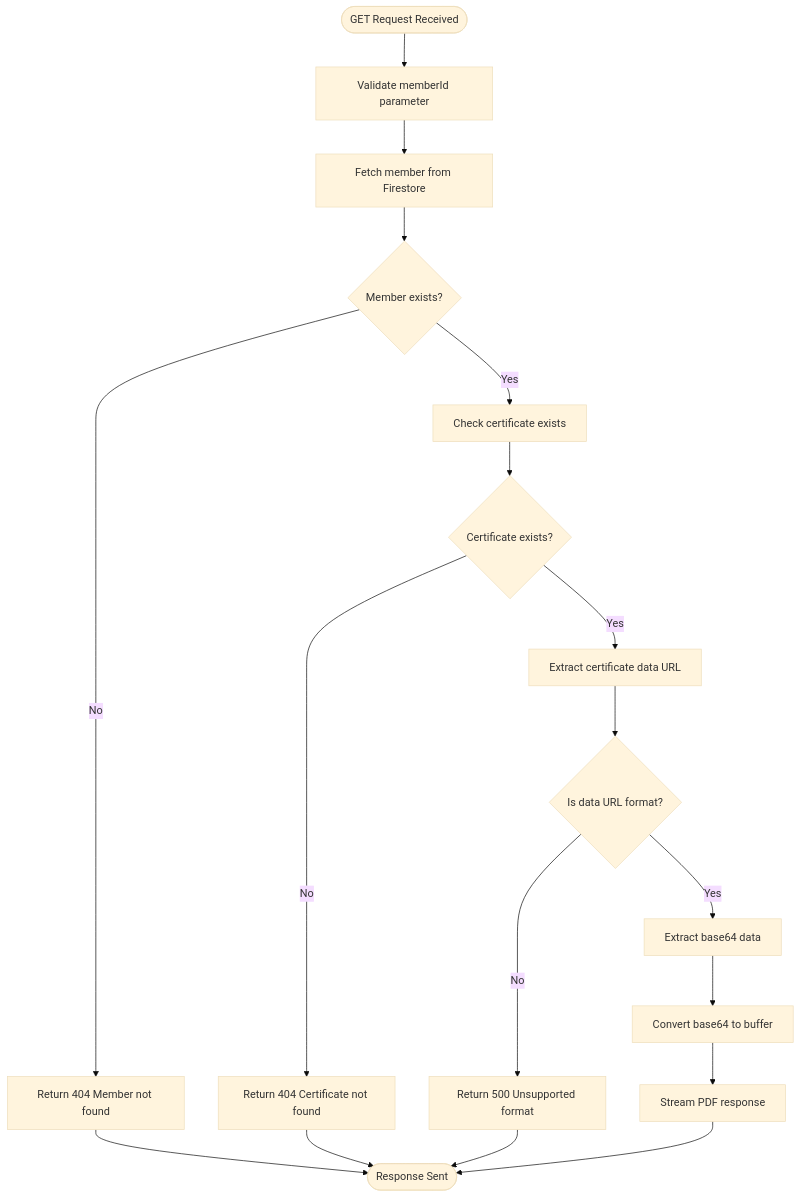
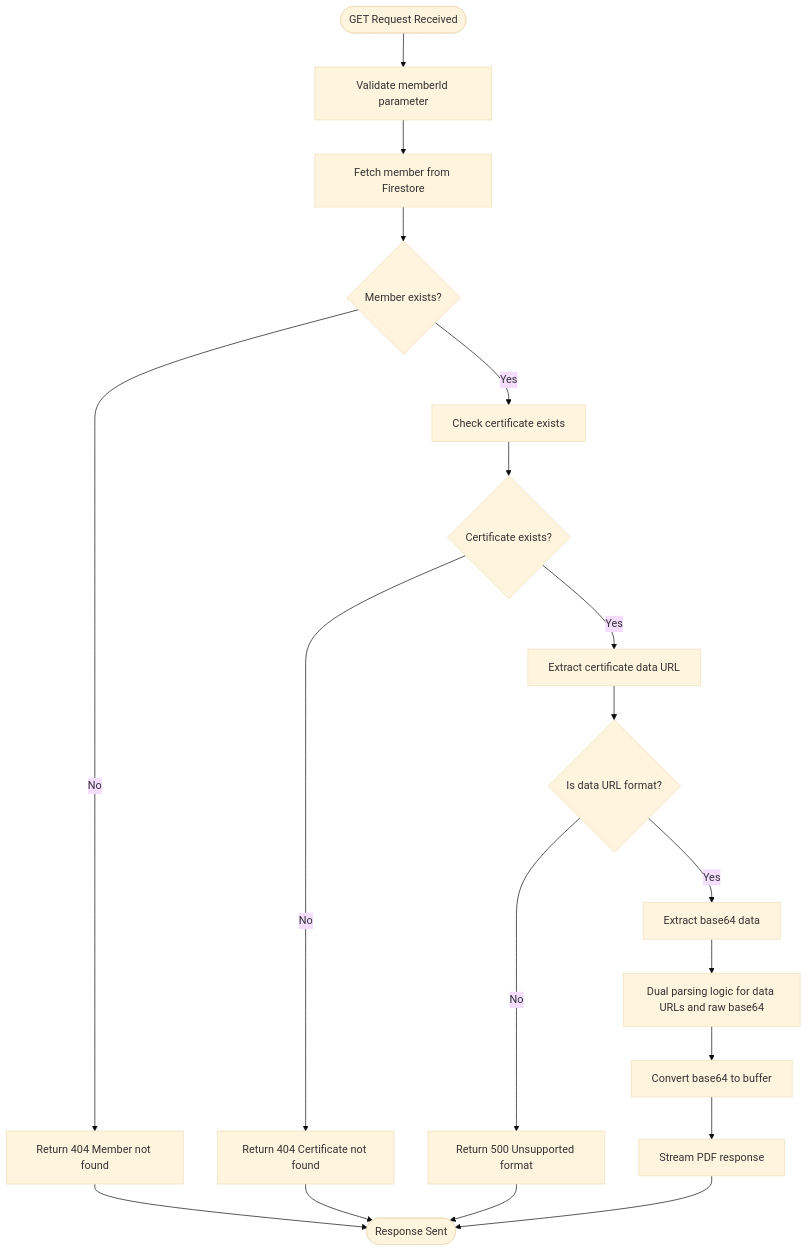
One commit to Unsure-bry/sampacoop_system changed the third of 8 diagrams in .qoder/repowiki/en/content/API Endpoints Reference/Certificate Generation API.md. Above: the diagram before and after it, drawn with Mermaid (base theme). The commit also changed other lines of this file and 11 other files, not shown here.

````diff
--- a/.qoder/repowiki/en/content/API Endpoints Reference/Certificate Generation API.md
+++ b/.qoder/repowiki/en/content/API Endpoints Reference/Certificate Generation API.md
@@ -205,20 +203,21 @@
 ```mermaid
 flowchart TD
 Start([GET Request Received]) --> ValidateParams["Validate memberId parameter"]
 ValidateParams --> FetchMember["Fetch member from Firestore"]
 FetchMember --> MemberFound{"Member exists?"}
 MemberFound --> |No| Return404["Return 404 Member not found"]
 MemberFound --> |Yes| CheckCertificate["Check certificate exists"]
 CheckCertificate --> CertificateExists{"Certificate exists?"}
 CertificateExists --> |No| Return404_2["Return 404 Certificate not found"]
 CertificateExists --> |Yes| ExtractData["Extract certificate data URL"]
 ExtractData --> ValidateFormat{"Is data URL format?"}
 ValidateFormat --> |No| Return500["Return 500 Unsupported format"]
 ValidateFormat --> |Yes| ExtractBase64["Extract base64 data"]
-ExtractBase64 --> ConvertBase64["Convert base64 to buffer"]
+ExtractBase64 --> DualParsingLogic["Dual parsing logic for data URLs and raw base64"]
+DualParsingLogic --> ConvertBase64["Convert base64 to buffer"]
 ConvertBase64 --> StreamPDF["Stream PDF response"]
 StreamPDF --> End([Response Sent])
 Return404 --> End
 Return404_2 --> End
 Return500 --> End
 ```
````
